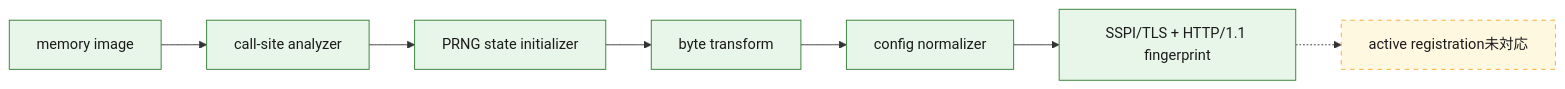
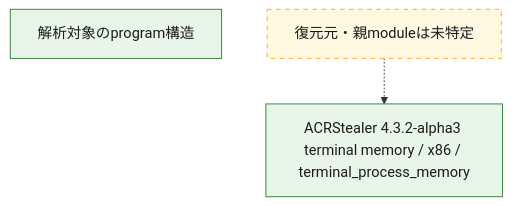
One commit to proshiba/AI-security-analysis changed the third of 3 diagrams in analysis-results/malware/stealc/versions/unknown/cases/4153db289c9a3de57845890aadeec7951fcf5516fd39f25c6d8c3e42fc21f801/OVERALL-LOGIC.md. Above: the diagram before and after it, drawn with Mermaid. The commit also changed other lines of this file and 153 other files, not shown here.

````diff
--- a/analysis-results/malware/stealc/versions/unknown/cases/4153db289c9a3de57845890aadeec7951fcf5516fd39f25c6d8c3e42fc21f801/OVERALL-LOGIC.md
+++ b/analysis-results/malware/stealc/versions/unknown/cases/4153db289c9a3de57845890aadeec7951fcf5516fd39f25c6d8c3e42fc21f801/OVERALL-LOGIC.md
@@ -47,13 +55,12 @@
 ```mermaid
-flowchart LR
-  m01["memory image"] --> m02["call-site analyzer"]
-  m02 --> m03["PRNG state initializer"]
-  m03 --> m04["byte transform"]
-  m04 --> m05["config normalizer"]
-  m05 --> m06["SSPI/TLS + HTTP/1.1 fingerprint"]
-  m06 -.-> m07["active registration未対応"]
-  class m01,m02,m03,m04,m05,m06 confirmed
-  class m07 unresolved
+flowchart TD
+  module_scope["解析対象のprogram構造"]
+  module_01["ACRStealer 4.3.2-alpha3 terminal memory / x86 / terminal_process_memory"]
+  module_parent_unknown["復元元・親moduleは未特定"]
+  module_parent_unknown -.-> module_01
+  class module_parent_unknown unresolved
+  class module_scope confirmed
+  class module_01 confirmed
   classDef confirmed fill:#e8f5e9,stroke:#2e7d32,color:#1b1b1b
   classDef unresolved fill:#fff8e1,stroke:#f9a825,color:#1b1b1b,stroke-dasharray:5 5
 ```
````
